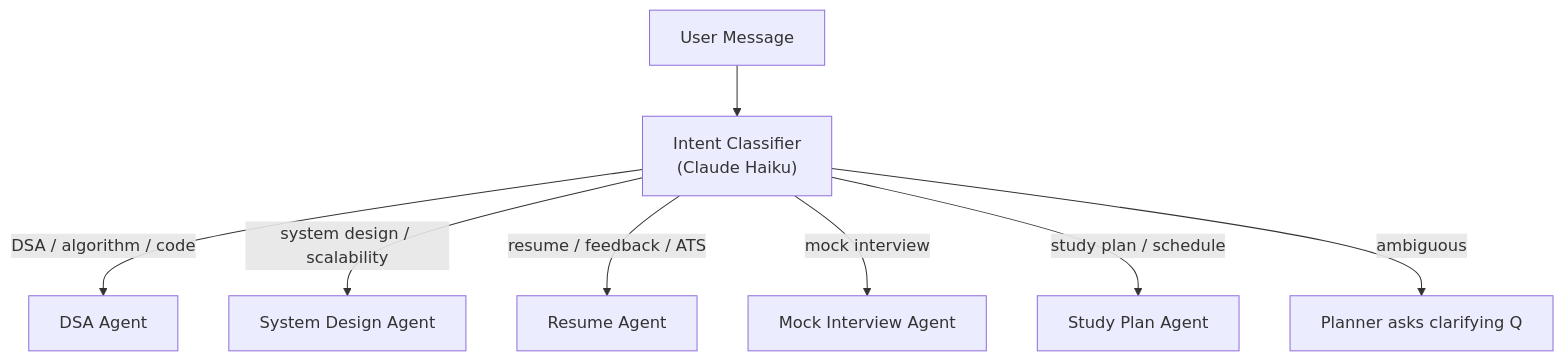
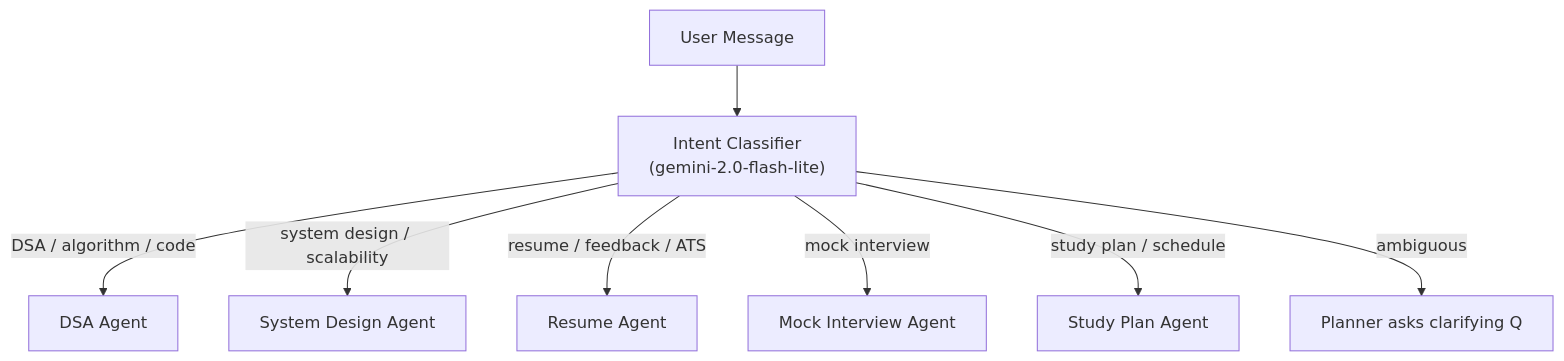
Before and after one commit to aryan19jaiswal/marxAI: the fourth of 4 diagrams in design/HIGH_LEVEL_ARCHITECTURE.md, drawn with Mermaid. The commit also changed other lines of this file and 12 other files, not shown here.

````diff
--- a/design/HIGH_LEVEL_ARCHITECTURE.md
+++ b/design/HIGH_LEVEL_ARCHITECTURE.md
@@ -145,10 +145,11 @@
 ```mermaid
 flowchart TD
-    IN["User Message"] --> CLS["Intent Classifier<br/>(Claude Haiku)"]
+    IN["User Message"] --> CLS["Intent Classifier<br/>(gemini-2.0-flash-lite)"]
     CLS --> |"DSA / algorithm / code"| DA["DSA Agent"]
     CLS --> |"system design / scalability"| SDA["System Design Agent"]
     CLS --> |"resume / feedback / ATS"| RA["Resume Agent"]
     CLS --> |"mock interview"| MIA["Mock Interview Agent"]
     CLS --> |"study plan / schedule"| SPA["Study Plan Agent"]
     CLS --> |"ambiguous"| PA["Planner asks clarifying Q"]
+
 ```
````
